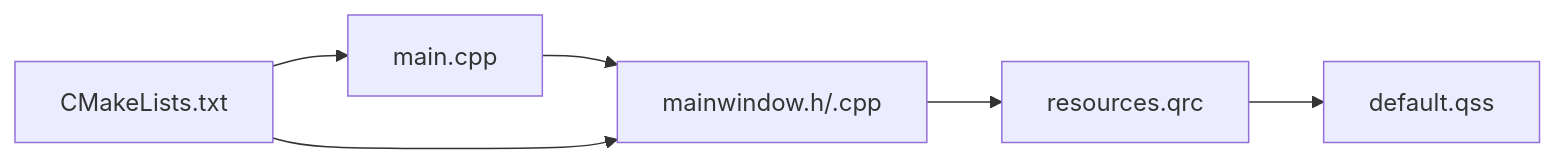
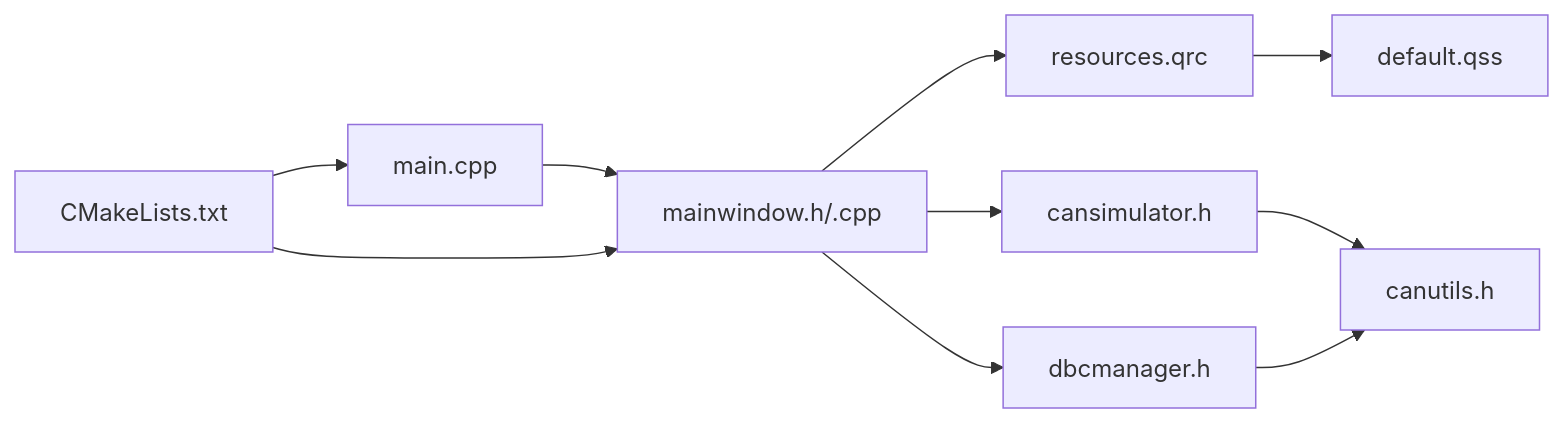
Before and after one commit to jakecai1225-design/OpenBus: the third of 3 diagrams in .qoder/repowiki/zh/content/开发指南/编码规范.md, drawn with Mermaid. The commit also changed other lines of this file and 25 other files, not shown here.

````diff
--- a/.qoder/repowiki/zh/content/开发指南/编码规范.md
+++ b/.qoder/repowiki/zh/content/开发指南/编码规范.md
@@ -209,8 +231,12 @@
 ```mermaid
 graph LR
 M["main.cpp"] --> W["mainwindow.h/.cpp"]
 W --> R["resources.qrc"]
 R --> S["default.qss"]
+W --> CS["cansimulator.h"]
+W --> DM["dbcmanager.h"]
+CS --> UT["canutils.h"]
+DM --> UT
 CMake["CMakeLists.txt"] --> M
 CMake --> W
 ```
````
